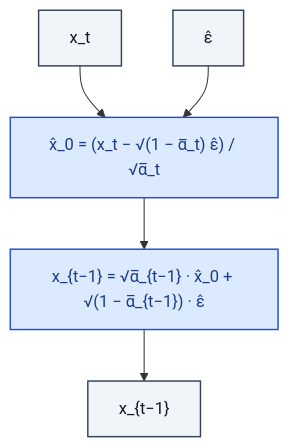
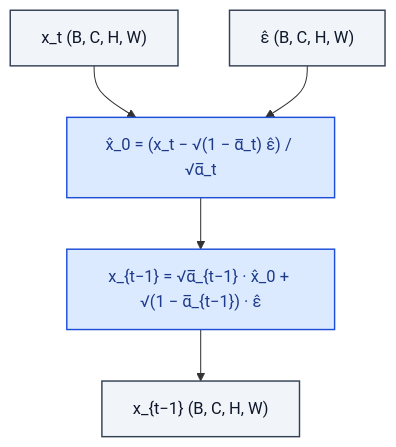
Before and after one commit to RealityShifts/Srivastava-book-of-Blocks-diagrams: the diagram in generative/DDIMScheduler.md, drawn with Mermaid. The commit also changed 123 other files, not shown here.

````diff
--- a/generative/DDIMScheduler.md
+++ b/generative/DDIMScheduler.md
@@ -7,21 +7,22 @@
 ```mermaid
 flowchart TD
-    n0_0["x_t"]:::io
-    n0_1["ε̂"]:::io
+    n0_0["x_t  (B, C, H, W)"]:::io
+    n0_1["ε̂  (B, C, H, W)"]:::io
     n1_0["x̂_0 = (x_t − √(1 − α̅_t) ε̂) / √α̅_t"]:::op
     n2_0["x_{t−1} = √α̅_{t−1} · x̂_0 + √(1 − α̅_{t−1}) · ε̂"]:::op
-    n3_0["x_{t−1}"]:::io
+    n3_0["x_{t−1}  (B, C, H, W)"]:::io
     n0_0 --> n1_0
     n0_1 --> n1_0
     n1_0 --> n2_0
     n2_0 --> n3_0
     classDef io fill:#f1f5f9,stroke:#334155,stroke-width:1.4px,color:#0f172a
     classDef op fill:#dbeafe,stroke:#1d4ed8,stroke-width:1.4px,color:#1e3a8a
     classDef norm fill:#dcfce7,stroke:#15803d,stroke-width:1.4px,color:#14532d
     classDef act fill:#ffedd5,stroke:#c2410c,stroke-width:1.4px,color:#7c2d12
     classDef attn fill:#ede9fe,stroke:#6d28d9,stroke-width:1.4px,color:#4c1d95
     classDef merge fill:#fef3c7,stroke:#b45309,stroke-width:1.4px,color:#78350f
     classDef emb fill:#fef9c3,stroke:#a16207,stroke-width:1.4px,color:#713f12
     classDef loss fill:#fee2e2,stroke:#b91c1c,stroke-width:1.4px,color:#7f1d1d
     classDef ctrl fill:#f5f5f4,stroke:#52525b,stroke-width:1.4px,color:#27272a
+    classDef ref fill:#e0f2fe,stroke:#0369a1,stroke-width:2px,color:#0c4a6e,stroke-dasharray: 4 2
 ```
````
